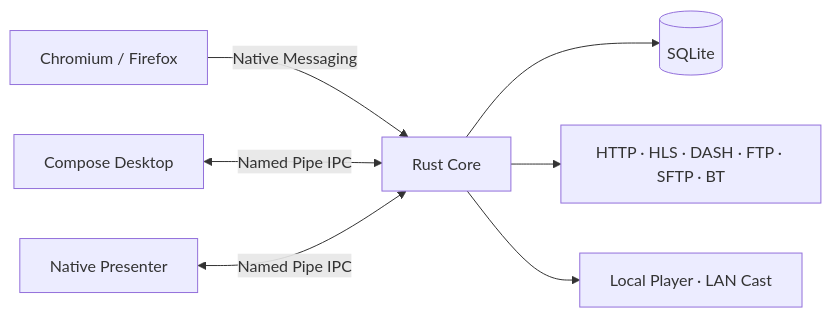
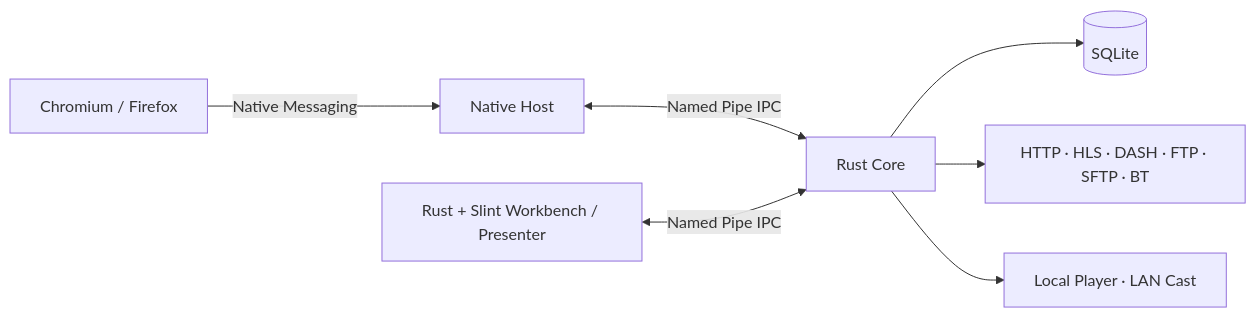
Before and after one commit to ciaooo55/hls-downloader: the diagram in README_EN.md, drawn with Mermaid. The commit also changed other lines of this file and 185 other files, not shown here.

Commit message:
feat: prepare native v7.0.4 desktop and extension candidates

````diff
--- a/README_EN.md
+++ b/README_EN.md
@@ -96,9 +98,9 @@
 ```mermaid
 flowchart LR
-    B["Chromium / Firefox"] -->|Native Messaging| C["Rust Core"]
-    UI["Compose Desktop"] <-->|Named Pipe IPC| C
-    P["Native Presenter"] <-->|Named Pipe IPC| C
+    B["Chromium / Firefox"] -->|Native Messaging| H["Native Host"]
+    H <-->|Named Pipe IPC| C["Rust Core"]
+    UI["Rust + Slint Workbench / Presenter"] <-->|Named Pipe IPC| C
     C --> DB[(SQLite)]
     C --> E["HTTP · HLS · DASH · FTP · SFTP · BT"]
     C --> M["Local Player · LAN Cast"]
 ```
````
